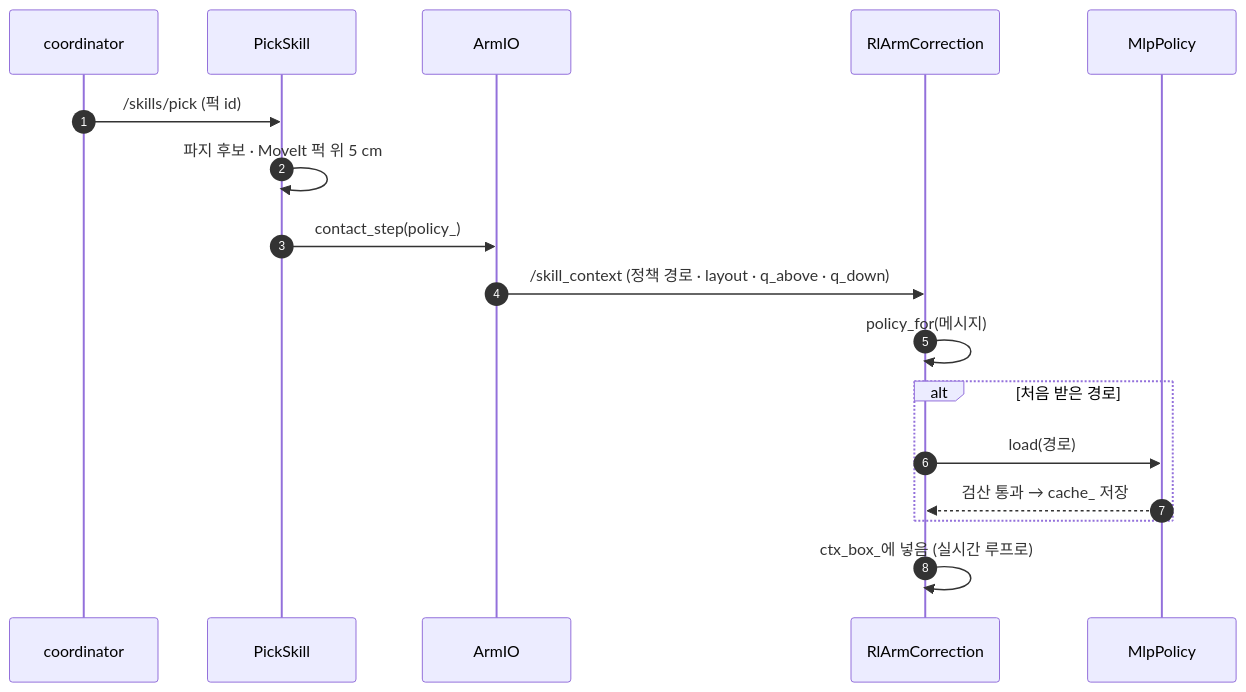
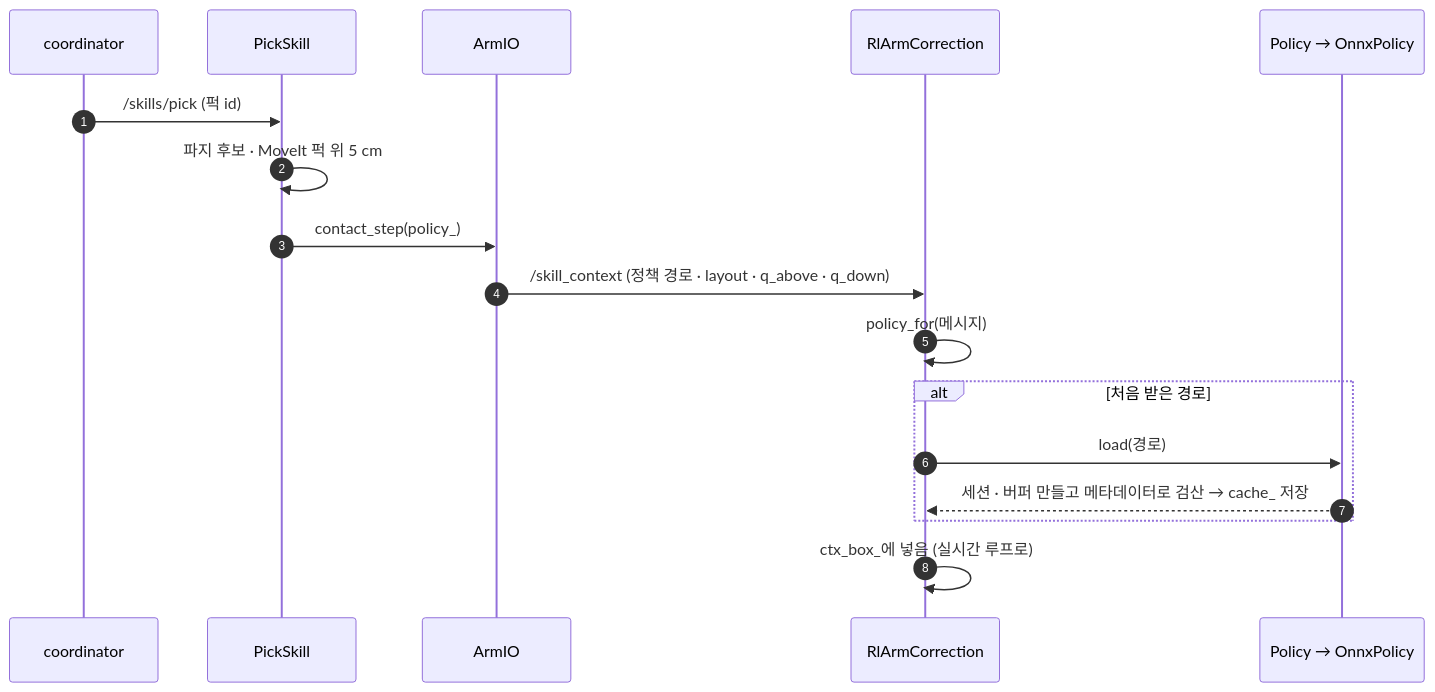
The third of 7 diagrams in bee/policy-runtime.md (JuneKunst/JuneKunst.github.io), drawn with Mermaid before and after one commit. The commit also changed other lines of this file and 3 other files, not shown here.

Commit message:
bee: PR #97 적용 기준으로 — 정책 실행 순서 페이지를 ml::Policy · OnnxPolicy 순서도로 · 지금 구조 기준 줄

````diff
--- a/bee/policy-runtime.md
+++ b/bee/policy-runtime.md
@@ -113,19 +122,19 @@
 ```mermaid
 sequenceDiagram
   autonumber
   participant CO as coordinator
   participant PS as PickSkill
   participant AIO as ArmIO
   participant RC as RlArmCorrection
-  participant MP as MlpPolicy
+  participant MP as Policy → OnnxPolicy
   CO->>PS: /skills/pick (퍽 id)
   PS->>PS: 파지 후보 · MoveIt 퍽 위 5 cm
   PS->>AIO: contact_step(policy_)
   AIO->>RC: /skill_context (정책 경로 · layout · q_above · q_down)
   RC->>RC: policy_for(메시지)
   alt 처음 받은 경로
     RC->>MP: load(경로)
-    MP-->>RC: 검산 통과 → cache_ 저장
+    MP-->>RC: 세션 · 버퍼 만들고 메타데이터로 검산 → cache_ 저장
   end
   RC->>RC: ctx_box_에 넣음 (실시간 루프로)
 ```
````
